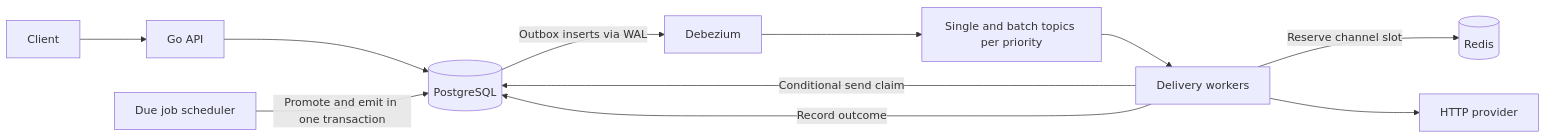
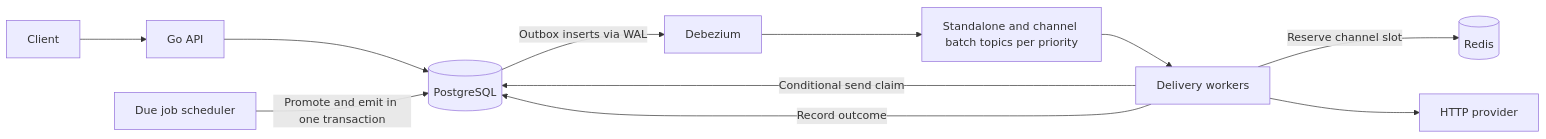
One commit to EfeDurmaz16/notification-system changed the diagram in README.md. Above: the diagram before and after it, drawn with Mermaid. The commit also changed other lines of this file and 11 other files, not shown here.

Commit message:
feat: use channel-specific batch readers in Compose and record the trade-off

````diff
--- a/README.md
+++ b/README.md
@@ -32,13 +34,13 @@
 ```mermaid
 flowchart LR
     C[Client] --> A[Go API]
     A --> P[(PostgreSQL)]
     P -->|Outbox inserts via WAL| D[Debezium]
-    D --> K[Single and batch topics per priority]
+    D --> K[Standalone and channel batch topics per priority]
     K --> W[Delivery workers]
     W -->|Reserve channel slot| R[(Redis)]
     W -->|Conditional send claim| P
     W --> H[HTTP provider]
     W -->|Record outcome| P
     S[Due job scheduler] -->|Promote and emit in one transaction| P
 ```
````
